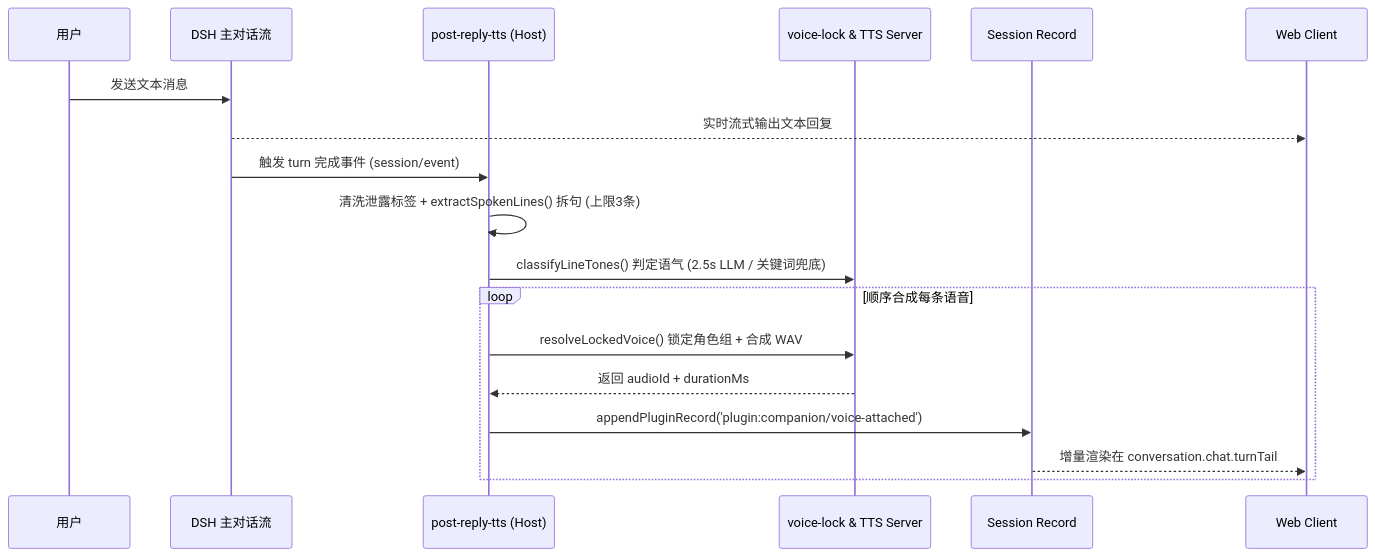
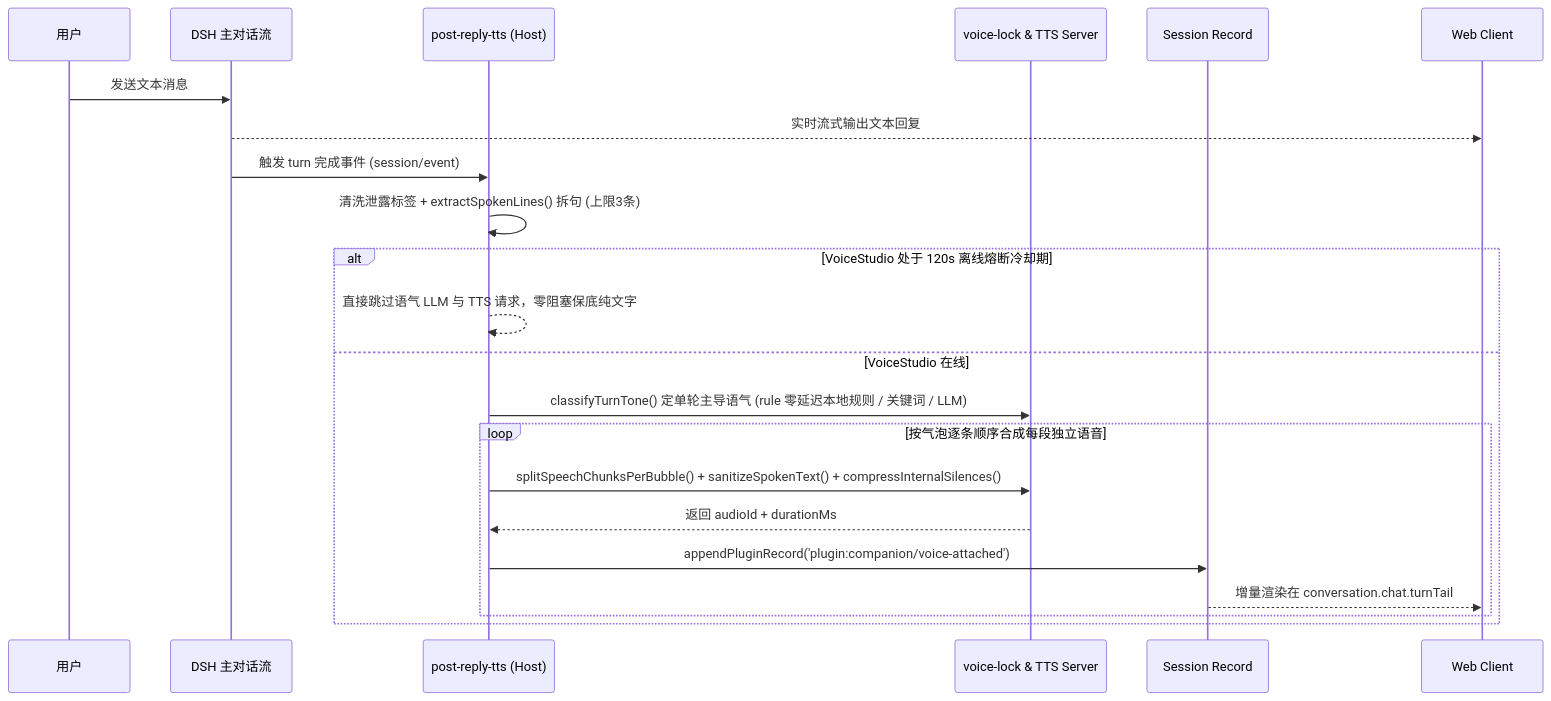
One commit to lastexplorer/Explorer changed the second of 3 diagrams in src/content/posts/2026/DeepSeek_Harness_AI伴侣与主动语音系统架构设计与实战指南.md. Above: the diagram before and after it, drawn with Mermaid. The commit also changed other lines of this file, not shown here.

Commit message:
docs(posts): update DSH companion guide with voice splitting, retries, proactive tuning, and memory-sea

````diff
--- a/src/content/posts/2026/DeepSeek_Harness_AI伴侣与主动语音系统架构设计与实战指南.md
+++ b/src/content/posts/2026/DeepSeek_Harness_AI伴侣与主动语音系统架构设计与实战指南.md
@@ -140,21 +172,25 @@
 ```mermaid
 sequenceDiagram
     participant U as 用户
     participant LLM as DSH 主对话流
     participant H as post-reply-tts (Host)
     participant V as voice-lock & TTS Server
     participant S as Session Record
     participant UI as Web Client
 
     U->>LLM: 发送文本消息
     LLM-->>UI: 实时流式输出文本回复
     LLM->>H: 触发 turn 完成事件 (session/event)
     H->>H: 清洗泄露标签 + extractSpokenLines() 拆句 (上限3条)
-    H->>V: classifyLineTones() 判定语气 (2.5s LLM / 关键词兜底)
-    loop 顺序合成每条语音
-        H->>V: resolveLockedVoice() 锁定角色组 + 合成 WAV
-        V-->>H: 返回 audioId + durationMs
-        H->>S: appendPluginRecord('plugin:companion/voice-attached')
-        S-->>UI: 增量渲染在 conversation.chat.turnTail
+    alt VoiceStudio 处于 120s 离线熔断冷却期
+        H-->>H: 直接跳过语气 LLM 与 TTS 请求，零阻塞保底纯文字
+    else VoiceStudio 在线
+        H->>V: classifyTurnTone() 定单轮主导语气 (rule 零延迟本地规则 / 关键词 / LLM)
+        loop 按气泡逐条顺序合成每段独立语音
+            H->>V: splitSpeechChunksPerBubble() + sanitizeSpokenText() + compressInternalSilences()
+            V-->>H: 返回 audioId + durationMs
+            H->>S: appendPluginRecord('plugin:companion/voice-attached')
+            S-->>UI: 增量渲染在 conversation.chat.turnTail
+        end
     end
 ```
````
